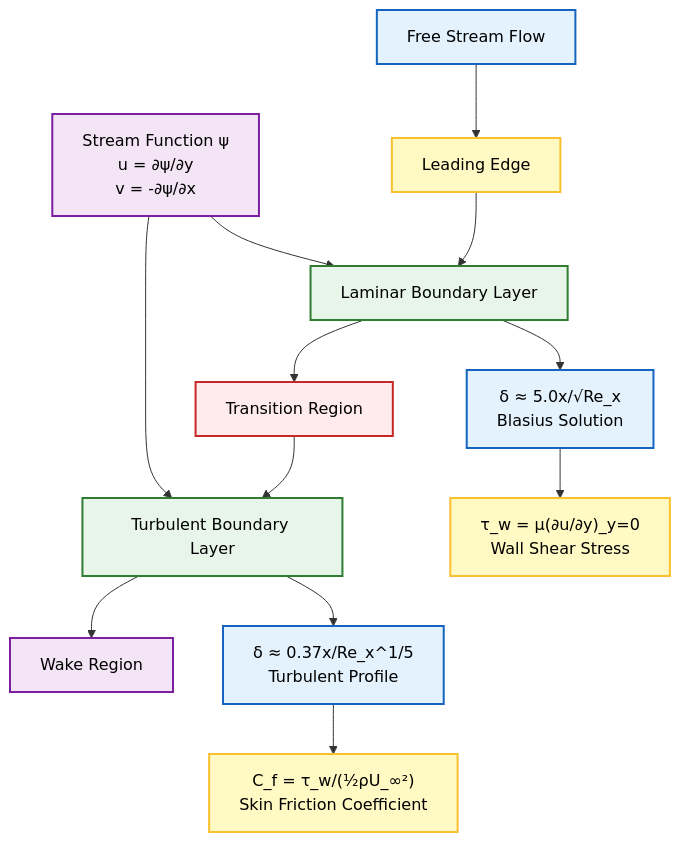
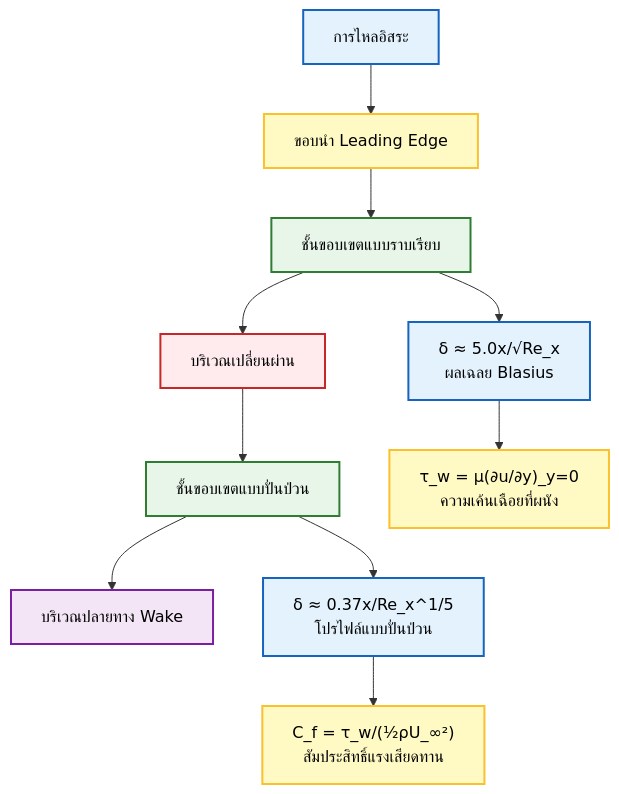
Diagram 11 of 12 in MODULE_01_CFD_FUNDAMENTALS/lessons/01_fluid_mechanics_fundamentals.md (wramet/build-my-cfd), drawn with Mermaid before and after one commit. The commit also changed other lines of this file and 297 other files, not shown here.

Commit message:
Add explanation under mermaid diagram

````diff
--- a/MODULE_01_CFD_FUNDAMENTALS/lessons/01_fluid_mechanics_fundamentals.md
+++ b/MODULE_01_CFD_FUNDAMENTALS/lessons/01_fluid_mechanics_fundamentals.md
@@ -655,34 +659,25 @@
 ```mermaid
 graph TD
-    A["Free Stream Flow"] --> B["Leading Edge"]
-    B --> C["Laminar Boundary Layer"]
-    C --> D["Transition Region"]
-    D --> E["Turbulent Boundary Layer"]
-    E --> F["Wake Region"]
-    
-    C --> G["δ ≈ 5.0x/√Re_x<br/>Blasius Solution"]
-    E --> H["δ ≈ 0.37x/Re_x^1/5<br/>Turbulent Profile"]
-    
-    G --> I["τ_w = μ(∂u/∂y)_y=0<br/>Wall Shear Stress"]
-    H --> J["C_f = τ_w/(½ρU_∞²)<br/>Skin Friction Coefficient"]
-    
-    K["Stream Function ψ<br/>u = ∂ψ/∂y<br/>v = -∂ψ/∂x"] --> C
-    K --> E
-    
+    A["การไหลอิสระ"] --> B["ขอบนำ Leading Edge"]
+    B --> C["ชั้นขอบเขตแบบราบเรียบ"]
+    C --> D["บริเวณเปลี่ยนผ่าน"]
+    D --> E["ชั้นขอบเขตแบบปั่นป่วน"]
+    E --> F["บริเวณปลายทาง Wake"]
+
+    C --> G["δ ≈ 5.0x/√Re_x<br/>ผลเฉลย Blasius"]
+    E --> H["δ ≈ 0.37x/Re_x^1/5<br/>โปรไฟล์แบบปั่นป่วน"]
+
+    G --> I["τ_w = μ(∂u/∂y)_y=0<br/>ความเค้นเฉือยที่ผนัง"]
+    H --> J["C_f = τ_w/(½ρU_∞²)<br/>สัมประสิทธิ์แรงเสียดทาน"]
+
     style A fill:#e3f2fd,stroke:#1565c0,stroke-width:2px,color:#000;
     style B fill:#fff9c4,stroke:#fbc02d,stroke-width:2px,color:#000;
     style C fill:#e8f5e9,stroke:#2e7d32,stroke-width:2px,color:#000;
     style D fill:#ffebee,stroke:#c62828,stroke-width:2px,color:#000;
     style E fill:#e8f5e9,stroke:#2e7d32,stroke-width:2px,color:#000;
     style F fill:#f3e5f5,stroke:#7b1fa2,stroke-width:2px,color:#000;
     style G fill:#e3f2fd,stroke:#1565c0,stroke-width:2px,color:#000;
     style H fill:#e3f2fd,stroke:#1565c0,stroke-width:2px,color:#000;
     style I fill:#fff9c4,stroke:#fbc02d,stroke-width:2px,color:#000;
     style J fill:#fff9c4,stroke:#fbc02d,stroke-width:2px,color:#000;
-    style K fill:#f3e5f5,stroke:#7b1fa2,stroke-width:2px,color:#000;
-    
-    classDef process fill:#e3f2fd,stroke:#1565c0,stroke-width:2px,color:#000;
-    classDef decision fill:#fff9c4,stroke:#fbc02d,stroke-width:2px,color:#000;
-    classDef terminator fill:#ffebee,stroke:#c62828,stroke-width:2px,color:#000;
-    classDef storage fill:#e8f5e9,stroke:#2e7d32,stroke-width:2px,color:#000;
 ```
````
